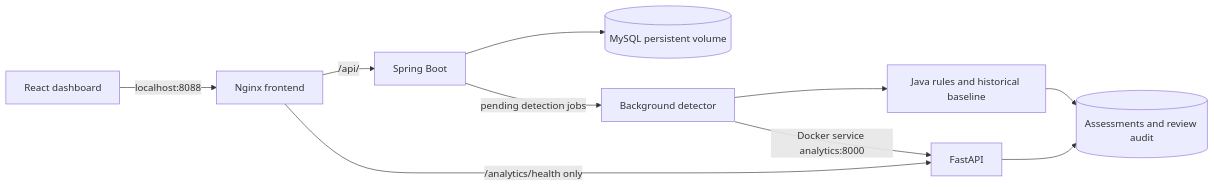
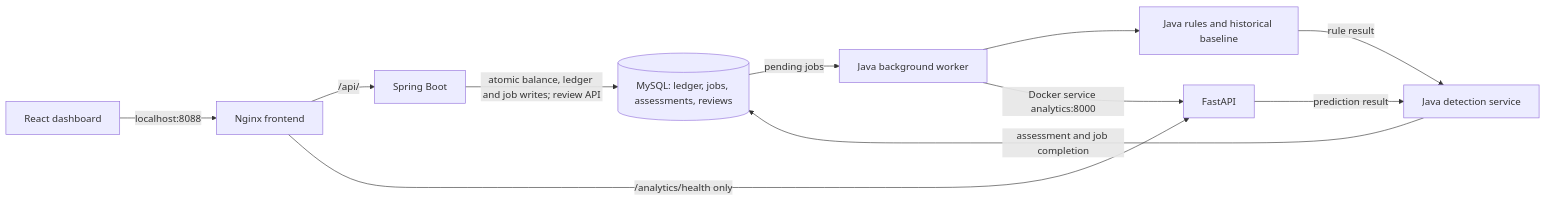
Before and after one commit to rohanshettym1-cmd/FinGuard-Financial-Anomaly-Detection: the diagram in README.md, drawn with Mermaid. The commit also changed other lines of this file and 1 other file, not shown here.

````diff
--- a/README.md
+++ b/README.md
@@ -78,12 +141,13 @@
 ```mermaid
 flowchart LR
   Browser[React dashboard] -->|localhost:8088| Web[Nginx frontend]
   Web -->|/api/| Java[Spring Boot]
   Web -->|/analytics/health only| ML[FastAPI]
-  Java --> DB[(MySQL persistent volume)]
-  Java -->|pending detection jobs| Worker[Background detector]
+  Java -->|atomic balance, ledger and job writes; review API| DB[(MySQL: ledger, jobs, assessments, reviews)]
+  DB -->|pending jobs| Worker[Java background worker]
   Worker --> Rules[Java rules and historical baseline]
   Worker -->|Docker service analytics:8000| ML
-  Rules --> Evidence[(Assessments and review audit)]
-  ML --> Evidence
+  Rules -->|rule result| Detection[Java detection service]
+  ML -->|prediction result| Detection
+  Detection -->|assessment and job completion| DB
 ```
````
